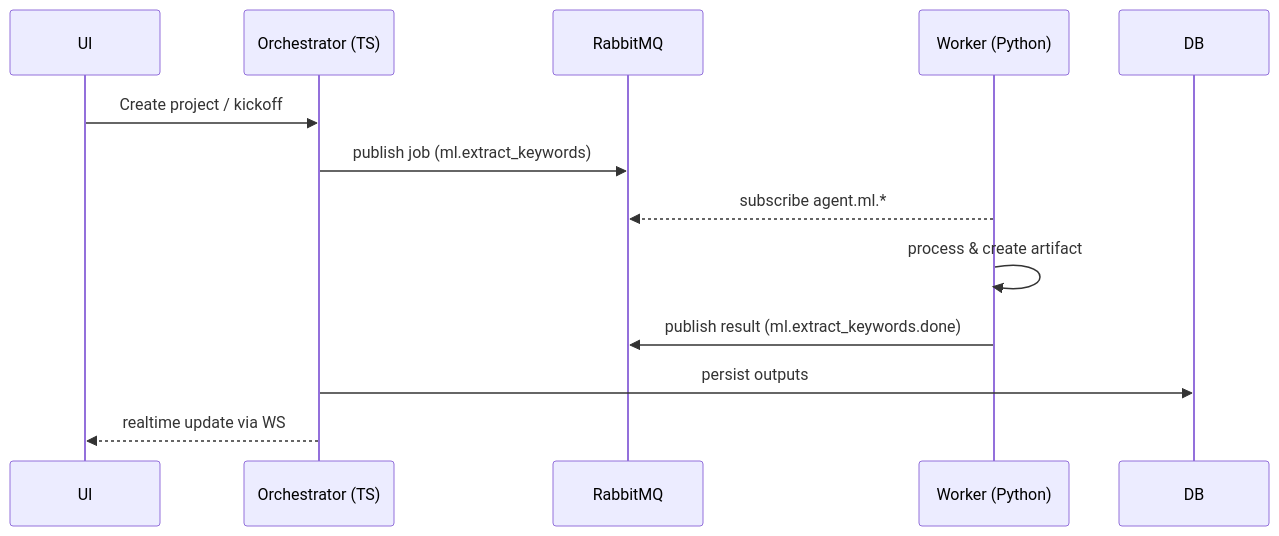
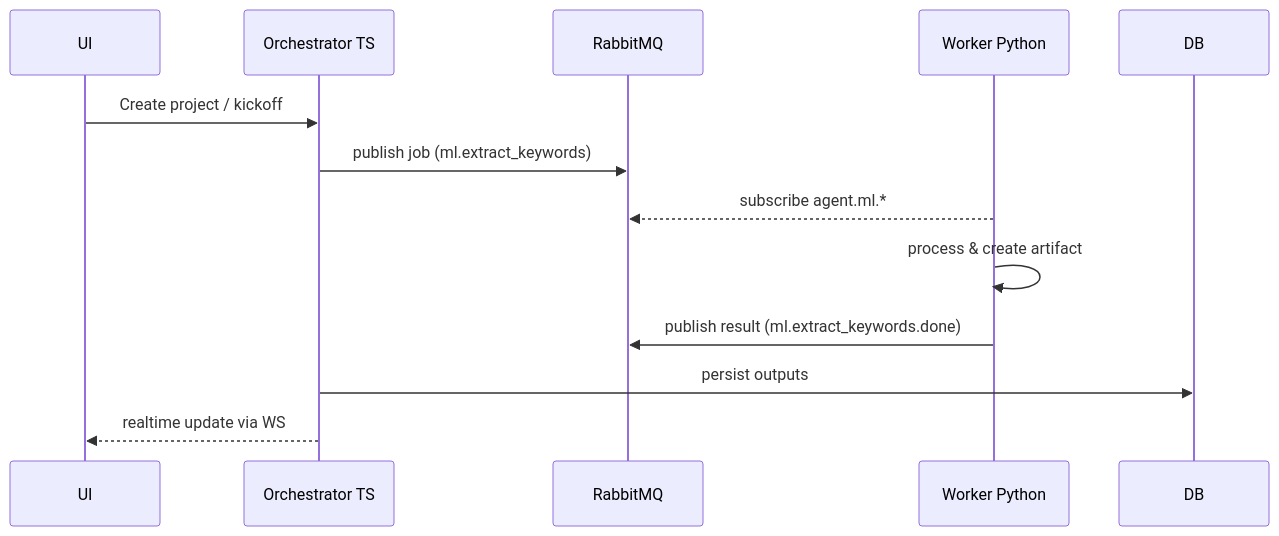
Before and after one commit to witooh/agentflow: the diagram in blueprint.md, drawn with Mermaid. The commit also changed 1 other file, not shown here.

Commit message:
Refactor architecture and blueprint documentation to improve clarity by removing parentheses from component labels in diagrams. This change enhances readability and consistency across the documentation.

````diff
--- a/blueprint.md
+++ b/blueprint.md
@@ -97,16 +97,16 @@
 ```mermaid
 sequenceDiagram
   participant UI
-  participant Orchestrator_TS as Orchestrator (TS)
+  participant Orchestrator_TS as Orchestrator TS
   participant MQ as RabbitMQ
-  participant Worker_PY as Worker (Python)
+  participant Worker_PY as Worker Python
   participant DB
 
   UI->>Orchestrator_TS: Create project / kickoff
   Orchestrator_TS->>MQ: publish job (ml.extract_keywords)
   Worker_PY-->>MQ: subscribe agent.ml.*
   Worker_PY->>Worker_PY: process & create artifact
   Worker_PY->>MQ: publish result (ml.extract_keywords.done)
   Orchestrator_TS->>DB: persist outputs
   Orchestrator_TS-->>UI: realtime update via WS
 ```
````
